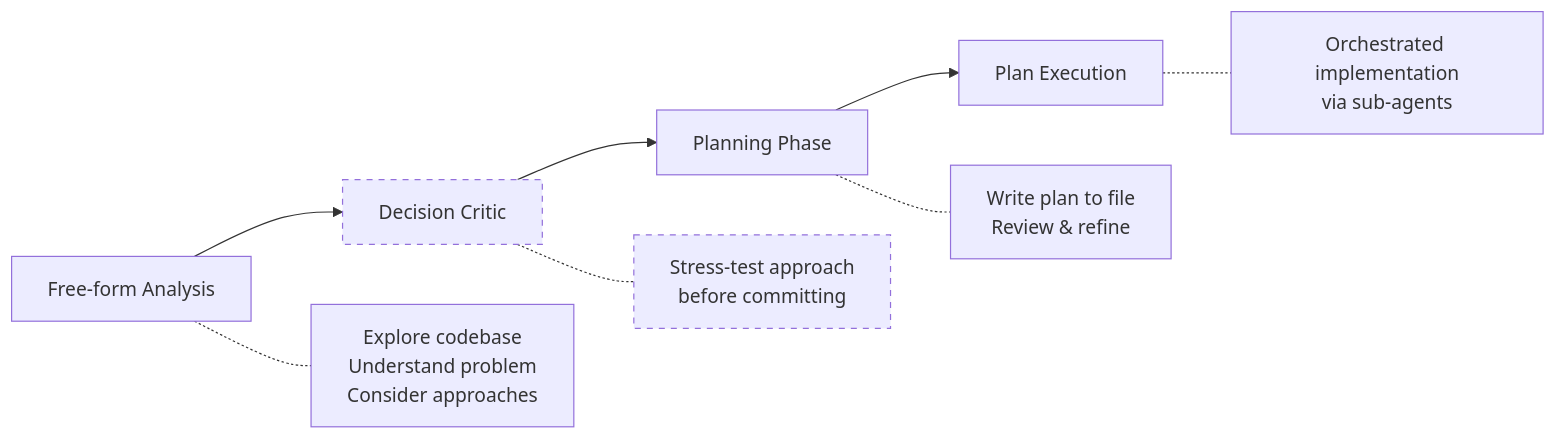
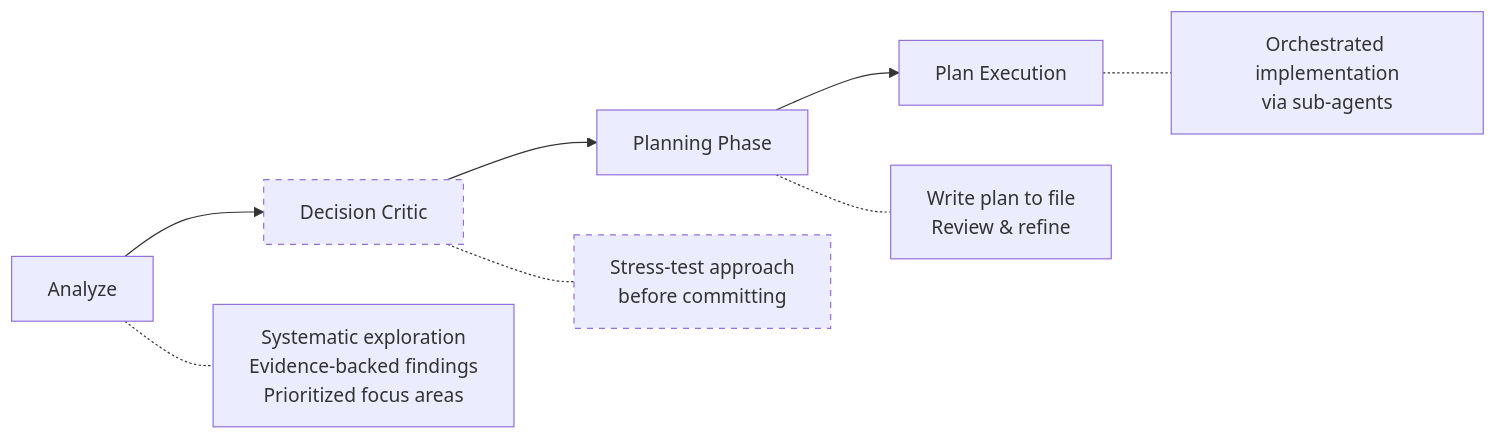
Before and after one commit to gcharang/claude-config: the first of 5 diagrams in README.md, drawn with Mermaid. The commit also changed other lines of this file and 3 other files, not shown here.

````diff
--- a/README.md
+++ b/README.md
@@ -105,14 +105,14 @@
 ```mermaid
 flowchart LR
-    A[Free-form Analysis] --> B[Decision Critic]
+    A[Analyze] --> B[Decision Critic]
     B --> C[Planning Phase]
     C --> D[Plan Execution]
 
-    A -.- A1[Explore codebase<br>Understand problem<br>Consider approaches]
+    A -.- A1[Systematic exploration<br>Evidence-backed findings<br>Prioritized focus areas]
     B -.- B1[Stress-test approach<br>before committing]
     C -.- C1[Write plan to file<br>Review & refine]
     D -.- D1[Orchestrated implementation<br>via sub-agents]
 
     style B stroke-dasharray: 5 5
     style B1 stroke-dasharray: 5 5
 ```
````
